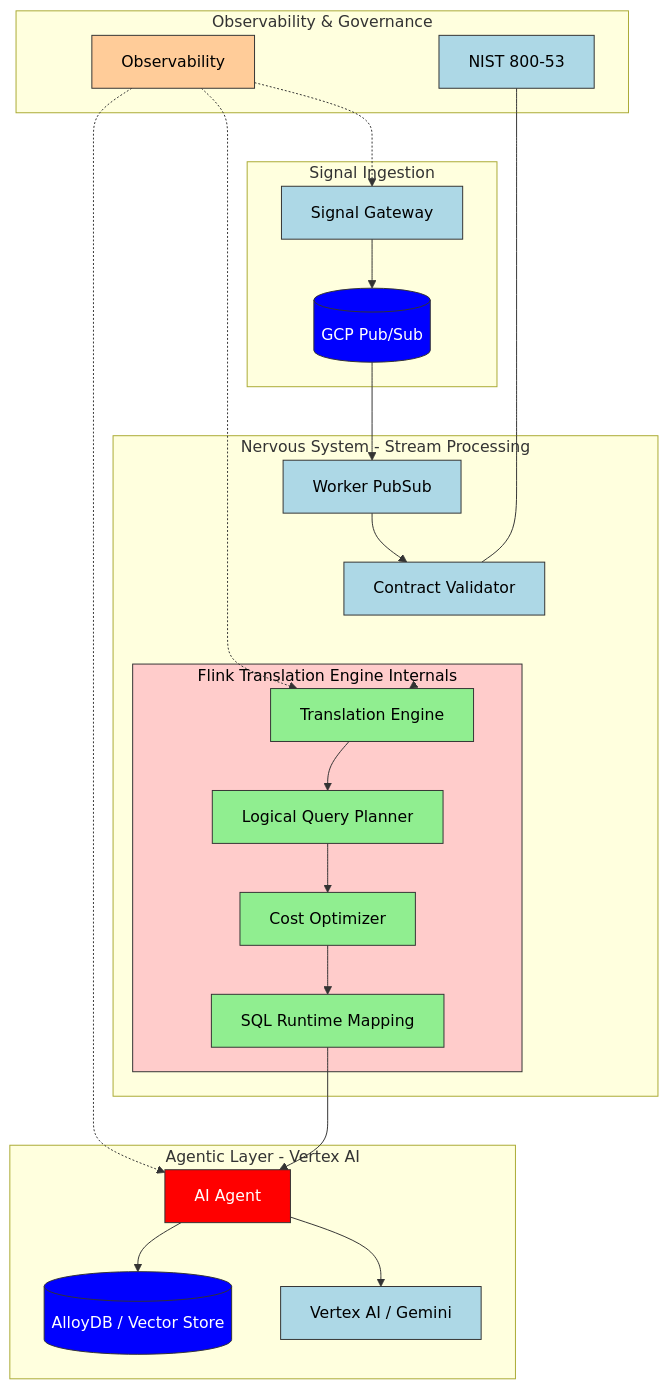
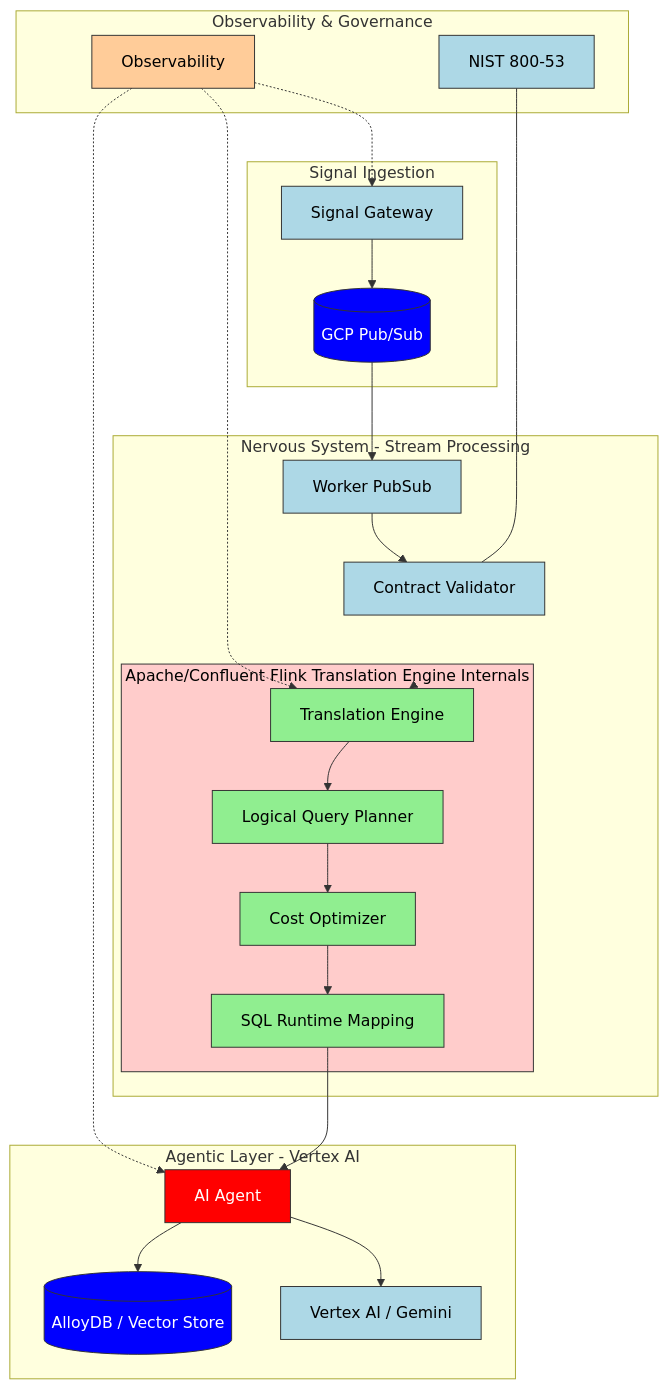
The diagram in README.md (siralfbaez/mia-agentic-data-nervous-system-kfg-v3), drawn with Mermaid before and after one commit.

Commit message:
Quick architectural correction

````diff
--- a/README.md
+++ b/README.md
@@ -11,58 +11,58 @@
 ```mermaid
 graph TD
     subgraph SI [Signal Ingestion]
         SG[Signal Gateway] --> PS[(GCP Pub/Sub)]
     end
 
     subgraph NS [Nervous System - Stream Processing]
         PS --> WP[Worker PubSub]
         WP --> CV[Contract Validator]
         CV --> TE[Translation Engine]
         
         %% Invisible spacer to push the subgraph down
         TE ~~~ spacer[ ]
         linkStyle 3 stroke-width:0px;
         style spacer fill:none,stroke:none,color:none
 
-        subgraph FTI [Flink Translation Engine Internals]
+        subgraph FTI [Apache/Confluent Flink Translation Engine Internals]
             TE --> Planner[Logical Query Planner]
             Planner --> Optimizer[Cost Optimizer]
             Optimizer --> Runtime[SQL Runtime Mapping]
         end
     end
 
     subgraph AL [Agentic Layer - Vertex AI]
         Runtime --> AA[AI Agent]
         AA --> VAI[Vertex AI / Gemini]
         AA --> ADB[(AlloyDB / Vector Store)]
     end
 
     subgraph OG [Observability & Governance]
         Obs[Observability] -.-> SG
         Obs -.-> TE
         Obs -.-> AA
         Compliance[NIST 800-53] --- CV
     end
 
     %% Styling
     style SG fill:#add8e6,stroke:#333,color:#000
     style WP fill:#add8e6,stroke:#333,color:#000
     style CV fill:#add8e6,stroke:#333,color:#000
     style VAI fill:#add8e6,stroke:#333,color:#000
     style Compliance fill:#add8e6,stroke:#333,color:#000
     
     style Obs fill:#ffcc99,stroke:#333,color:#000
     
     style TE fill:#90ee90,stroke:#333,color:#000
     style Planner fill:#90ee90,stroke:#333,color:#000
     style Optimizer fill:#90ee90,stroke:#333,color:#000
     style Runtime fill:#90ee90,stroke:#333,color:#000
     
     style AA fill:#ff0000,stroke:#333,color:#fff
     style PS fill:#0000ff,stroke:#333,color:#fff
     style ADB fill:#0000ff,stroke:#333,color:#fff
 
     style FTI fill:#ffcccb,stroke:#333,color:#000
     
 
 ```
````
